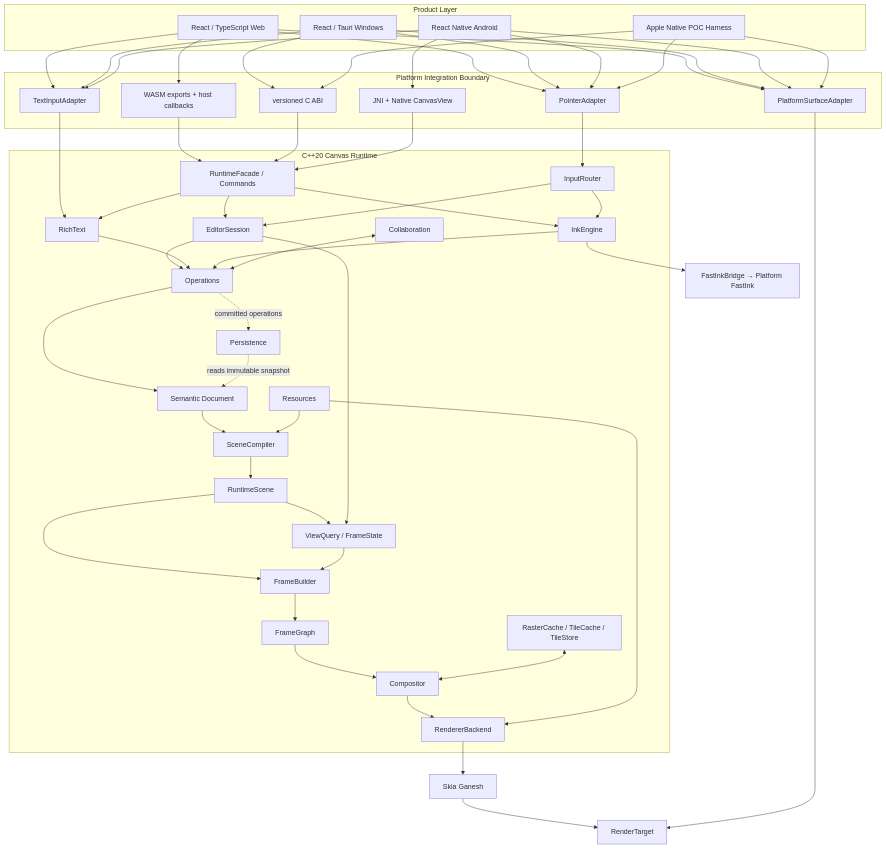
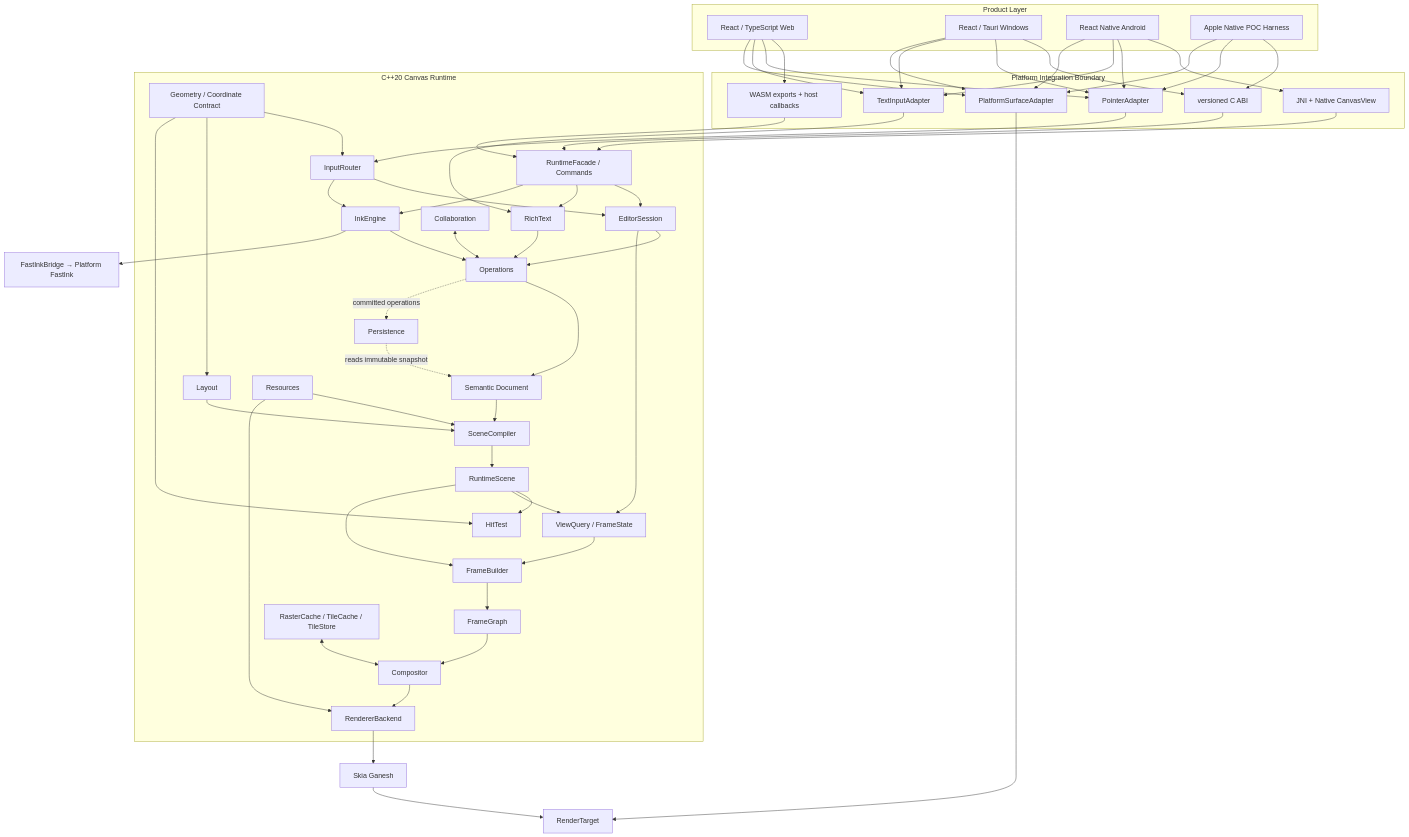
Before and after one commit to Mostorm-Labs/Axiom: the first of 2 diagrams in docs/architecture/SYSTEM_ARCHITECTURE.md, drawn with Mermaid. The commit also changed other lines of this file and 9 other files, not shown here.

```diff
--- a/docs/architecture/SYSTEM_ARCHITECTURE.md
+++ b/docs/architecture/SYSTEM_ARCHITECTURE.md
@@ -27,9 +29,12 @@
   subgraph Core["C++20 Canvas Runtime"]
     Facade["RuntimeFacade / Commands"]
     Input["InputRouter"]
+    Geometry["Geometry / Coordinate Contract"]
     Editor["EditorSession"]
     Text["RichText"]
     Ink["InkEngine"]
+    Layout["Layout"]
+    HitTest["HitTest"]
     Ops["Operations"]
     Doc["Semantic Document"]
     Compiler["SceneCompiler"]
@@ -74,6 +79,9 @@
   Facade --> Ink
   Input --> Editor
   Input --> Ink
+  Geometry --> Input
+  Geometry --> Layout
+  Geometry --> HitTest
   Editor --> Ops
   Text --> Ops
   Ink --> Ops
@@ -81,6 +89,8 @@
   Collab <--> Ops
   Doc --> Compiler
   Compiler --> Scene
+  Layout --> Compiler
+  Scene --> HitTest
   Scene --> ViewState
   Editor --> ViewState
   Scene --> FrameBuilder
```
